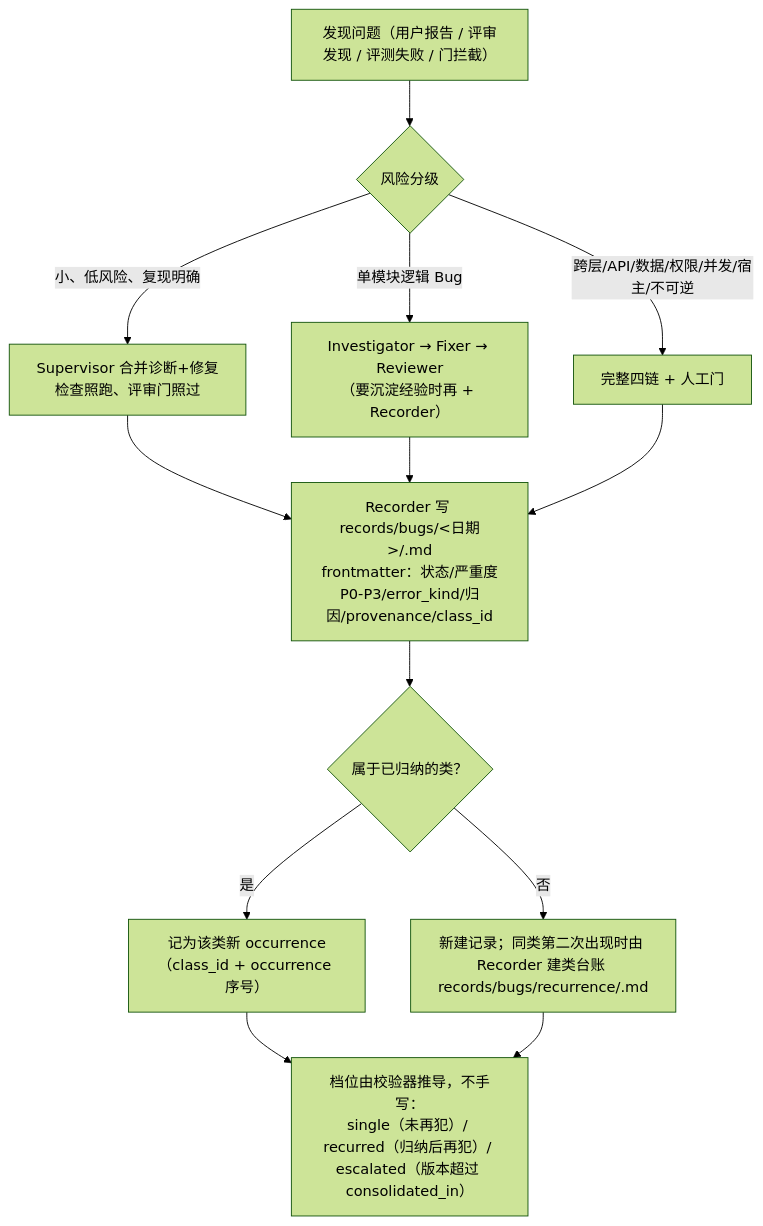
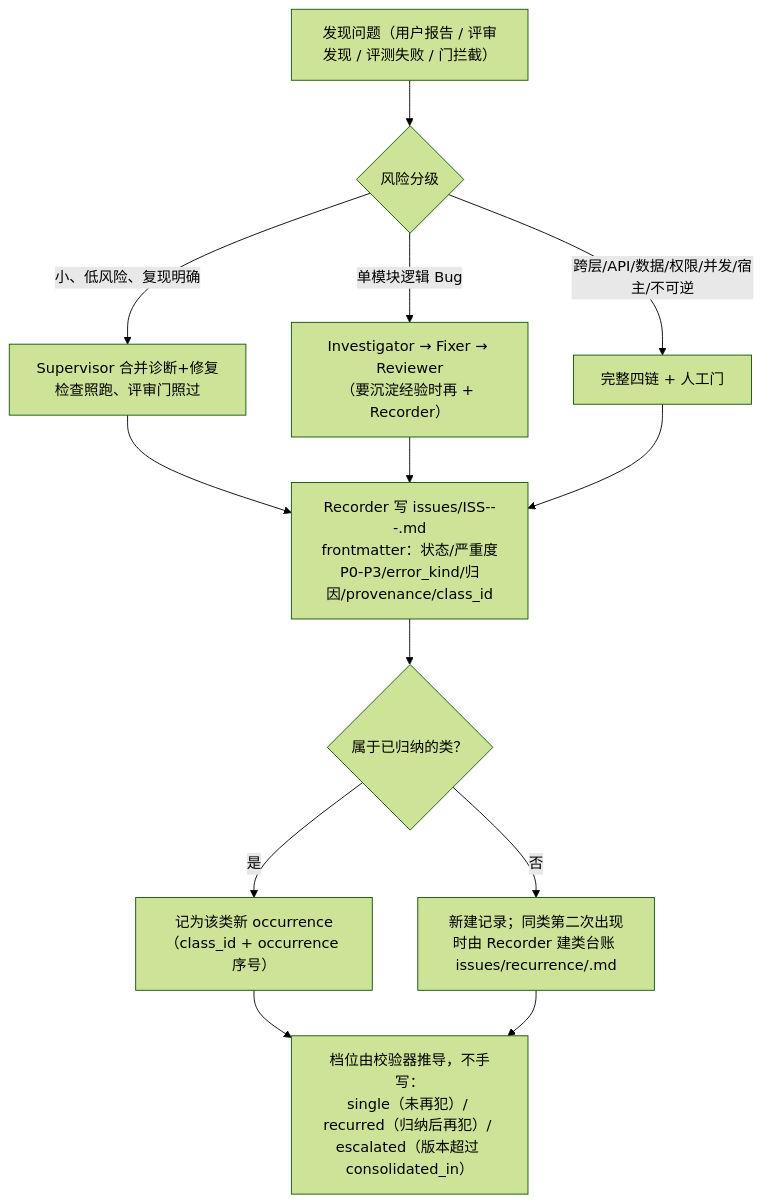
Before and after one commit to Ganseblum/agentflows: the third of 5 diagrams in docs/system-guide.md, drawn with Mermaid (forest theme). The commit also changed other lines of this file and 302 other files, not shown here.

````diff
--- a/docs/system-guide.md
+++ b/docs/system-guide.md
@@ -118,15 +118,15 @@
 ```mermaid
 flowchart TB
     X["发现问题（用户报告 / 评审发现 / 评测失败 / 门拦截）"] --> RISK{"风险分级"}
     RISK -- "小、低风险、复现明确" --> S["Supervisor 合并诊断+修复<br/>检查照跑、评审门照过"]
     RISK -- "单模块逻辑 Bug" --> CH1["Investigator → Fixer → Reviewer<br/>（要沉淀经验时再 + Recorder）"]
     RISK -- "跨层/API/数据/权限/并发/宿主/不可逆" --> CH2["完整四链 + 人工门"]
     S --> REC
     CH1 --> REC
     CH2 --> REC
-    REC["Recorder 写 records/bugs/<日期>/<slug>.md<br/>frontmatter：状态/严重度P0-P3/error_kind/归因/provenance/class_id"] --> LED{"属于已归纳的类？"}
+    REC["Recorder 写 issues/ISS-<YYYY>-<NNN>-<slug>.md<br/>frontmatter：状态/严重度P0-P3/error_kind/归因/provenance/class_id"] --> LED{"属于已归纳的类？"}
     LED -- 是 --> OCC["记为该类新 occurrence（class_id + occurrence 序号）"]
-    LED -- 否 --> NEW["新建记录；同类第二次出现时由 Recorder 建类台账 records/bugs/recurrence/<class_id>.md"]
+    LED -- 否 --> NEW["新建记录；同类第二次出现时由 Recorder 建类台账 issues/recurrence/<class_id>.md"]
     OCC --> TIER["档位由校验器推导，不手写：<br/>single（未再犯）/ recurred（归纳后再犯）/ escalated（版本超过 consolidated_in）"]
     NEW --> TIER
 ```
````
